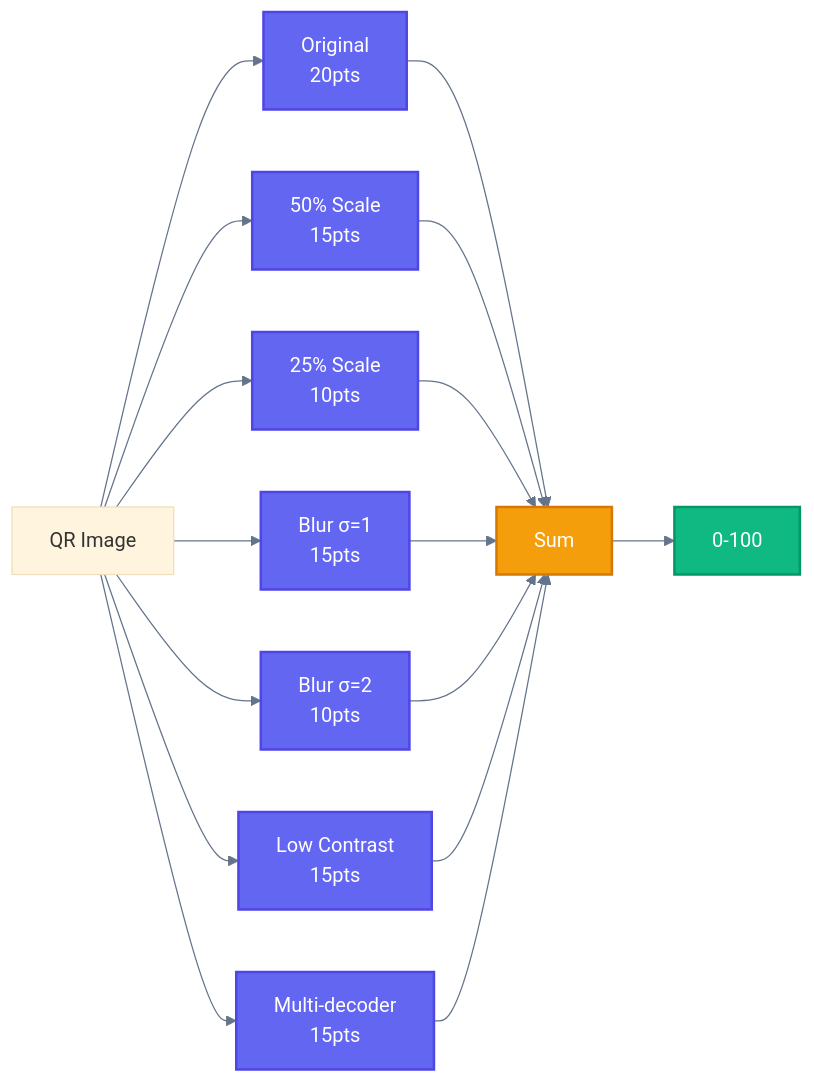
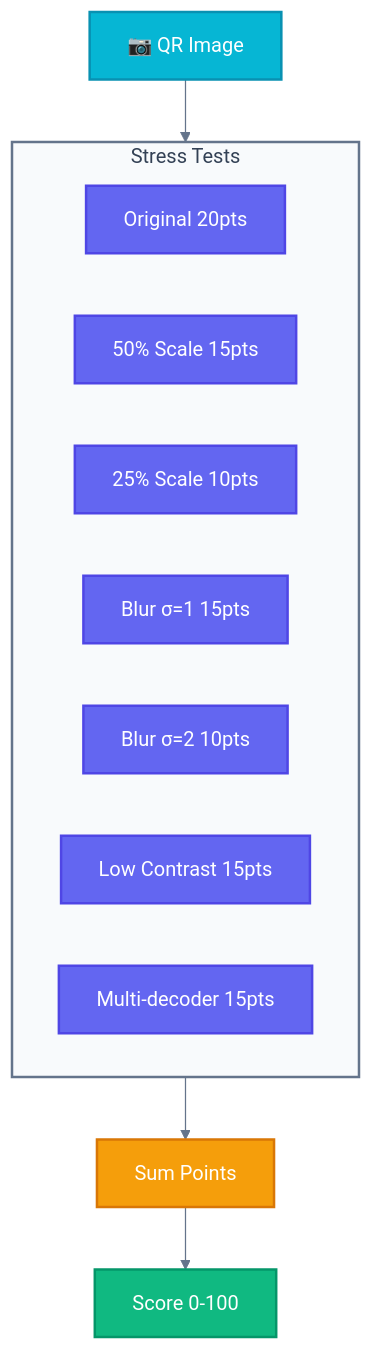
One commit to supernovae-ai/qrai-scanner changed the fourth of 6 diagrams in README.md. Above: the diagram before and after it, drawn with Mermaid. The commit also changed other lines of this file, not shown here.

First line of the commit message:
docs: deep polish README with semantic fixes and enhanced diagrams

````diff
--- a/README.md
+++ b/README.md
@@ -260,20 +279,28 @@
 ```mermaid
 %%{init: {'theme': 'base', 'themeVariables': {'lineColor': '#64748b'}}}%%
-flowchart LR
+flowchart TD
     accTitle: Scannability Score Components
     accDescr: How the score is calculated from stress tests
 
     classDef test fill:#6366f1,stroke:#4f46e5,stroke-width:2px,color:#ffffff
     classDef weight fill:#f59e0b,stroke:#d97706,stroke-width:2px,color:#ffffff
     classDef result fill:#10b981,stroke:#059669,stroke-width:2px,color:#ffffff
+    classDef data fill:#06b6d4,stroke:#0891b2,stroke-width:2px,color:#ffffff
 
-    QR[QR Image] --> T1[Original<br>20pts]:::test
-    QR --> T2[50% Scale<br>15pts]:::test
-    QR --> T3[25% Scale<br>10pts]:::test
-    QR --> T4[Blur σ=1<br>15pts]:::test
-    QR --> T5[Blur σ=2<br>10pts]:::test
-    QR --> T6[Low Contrast<br>15pts]:::test
-    QR --> T7[Multi-decoder<br>15pts]:::test
+    QR[📷 QR Image]:::data --> TESTS
 
-    T1 & T2 & T3 & T4 & T5 & T6 & T7 --> SUM[Sum]:::weight --> SCORE[0-100]:::result
+    subgraph TESTS[" Stress Tests "]
+        T1[Original 20pts]:::test
+        T2[50% Scale 15pts]:::test
+        T3[25% Scale 10pts]:::test
+        T4[Blur σ=1 15pts]:::test
+        T5[Blur σ=2 10pts]:::test
+        T6[Low Contrast 15pts]:::test
+        T7[Multi-decoder 15pts]:::test
+    end
+
+    TESTS --> SUM[Sum Points]:::weight
+    SUM --> SCORE[Score 0-100]:::result
+
+    style TESTS fill:#f8fafc,stroke:#64748b,stroke-width:2px,color:#334155
 ```
````
